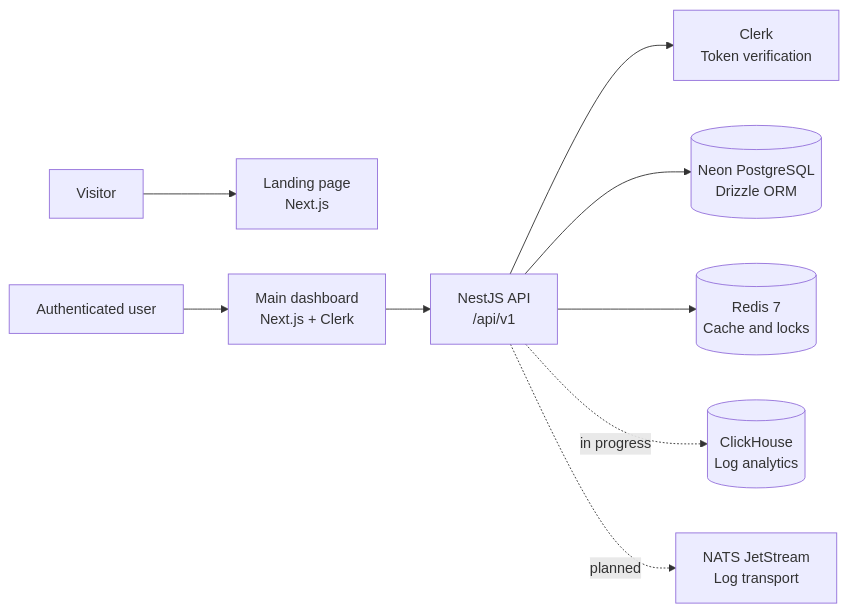
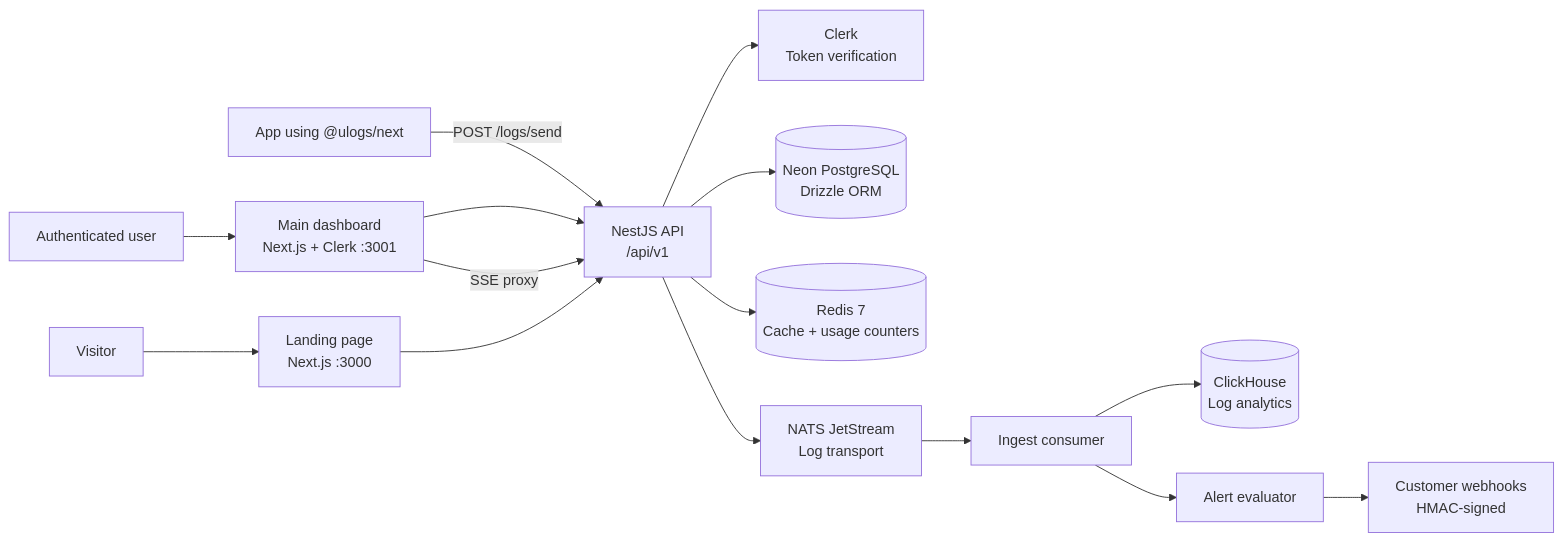
Before and after one commit to ueux/ULOGS: the diagram in README.md, drawn with Mermaid. The commit also changed other lines of this file and 25 other files, not shown here.

````diff
--- a/README.md
+++ b/README.md
@@ -64,11 +67,17 @@
 ```mermaid
 flowchart LR
-    Visitor[Visitor] --> Landing[Landing page\nNext.js]
-    User[Authenticated user] --> Dashboard[Main dashboard\nNext.js + Clerk]
-    Dashboard --> API[NestJS API\n/api/v1]
+    Visitor[Visitor] --> Landing[Landing page\nNext.js :3000]
+    User[Authenticated user] --> Dashboard[Main dashboard\nNext.js + Clerk :3001]
+    SDK[App using @ulogs/next] -->|POST /logs/send| API[NestJS API\n/api/v1]
+    Dashboard --> API
+    Dashboard -->|SSE proxy| API
+    Landing --> API
     API --> Clerk[Clerk\nToken verification]
     API --> Postgres[(Neon PostgreSQL\nDrizzle ORM)]
-    API --> Redis[(Redis 7\nCache and locks)]
-    API -. in progress .-> ClickHouse[(ClickHouse\nLog analytics)]
-    API -. planned .-> NATS[NATS JetStream\nLog transport]
+    API --> Redis[(Redis 7\nCache + usage counters)]
+    API --> NATS[NATS JetStream\nLog transport]
+    NATS --> Consumer[Ingest consumer]
+    Consumer --> ClickHouse[(ClickHouse\nLog analytics)]
+    Consumer --> AlertConsumer[Alert evaluator]
+    AlertConsumer --> Webhook[Customer webhooks\nHMAC-signed]
 ```
````
